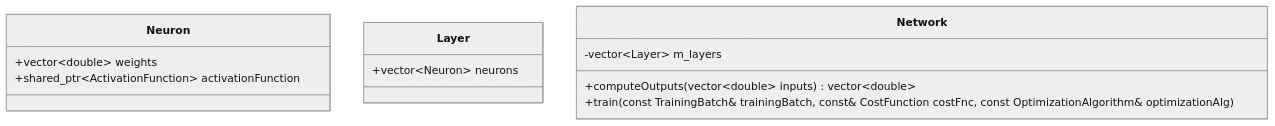
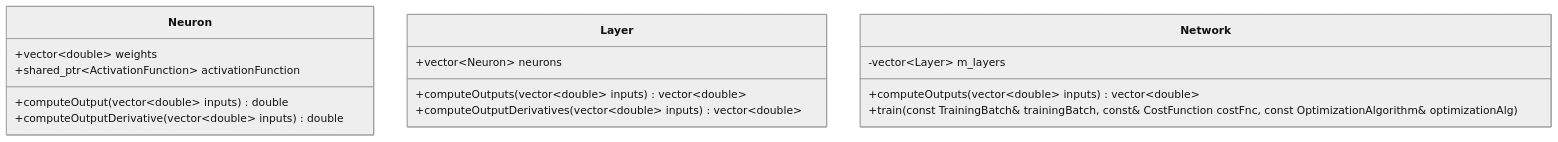
The fifth of 6 diagrams in README.md (alejandrofsevilla/neural-network-notes), drawn with Mermaid (neutral theme) before and after one commit.

````diff
--- a/README.md
+++ b/README.md
@@ -344,14 +344,18 @@
 ```mermaid
 classDiagram
 class Neuron
 Neuron: +vector~double~ weights
 Neuron: +shared_ptr~ActivationFunction~ activationFunction
+Neuron: +computeOutput(vector~double~ inputs) double
+Neuron: +computeOutputDerivative(vector~double~ inputs) double
 
 class Layer
 Layer: +vector~Neuron~ neurons
+Layer: +computeOutputs(vector~double~ inputs) vector~double~
+Layer: +computeOutputDerivatives(vector~double~ inputs) vector~double~
 
 class Network
 Network: +computeOutputs(vector~double~ inputs) vector~double~
 Network: +train(const TrainingBatch& trainingBatch, const& CostFunction costFnc, const OptimizationAlgorithm& optimizationAlg)
 Network: -vector~Layer~ m_layers
 ```
````
